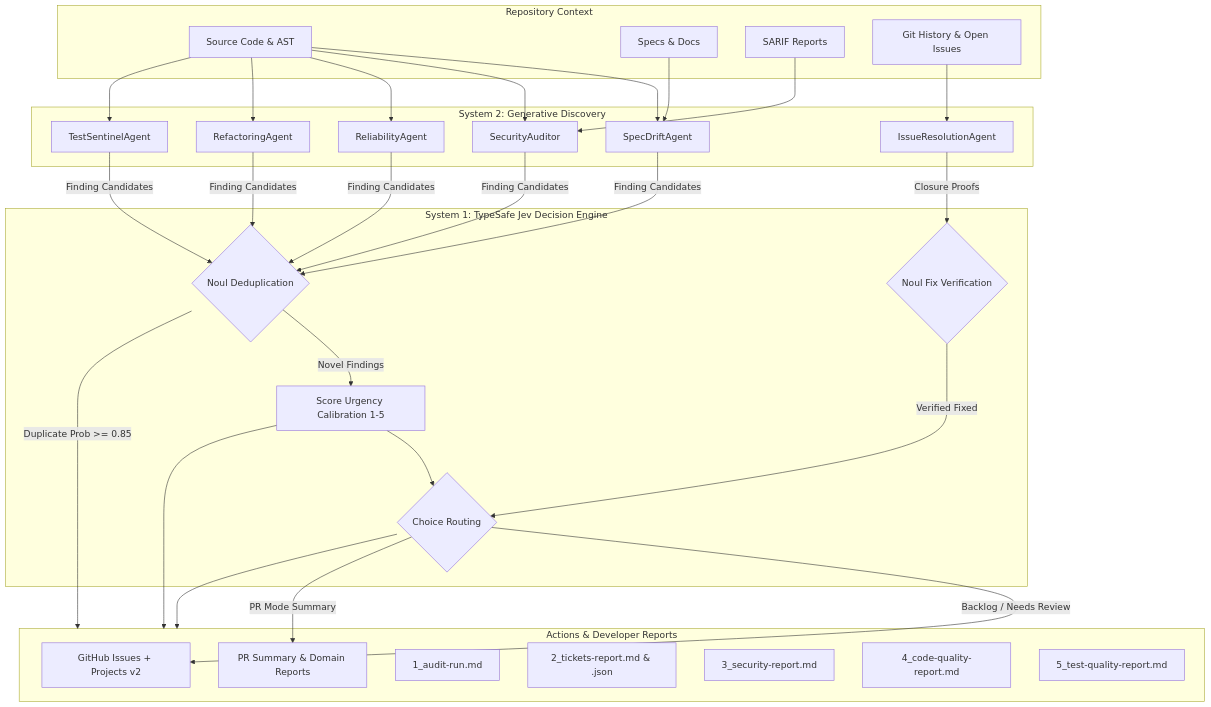
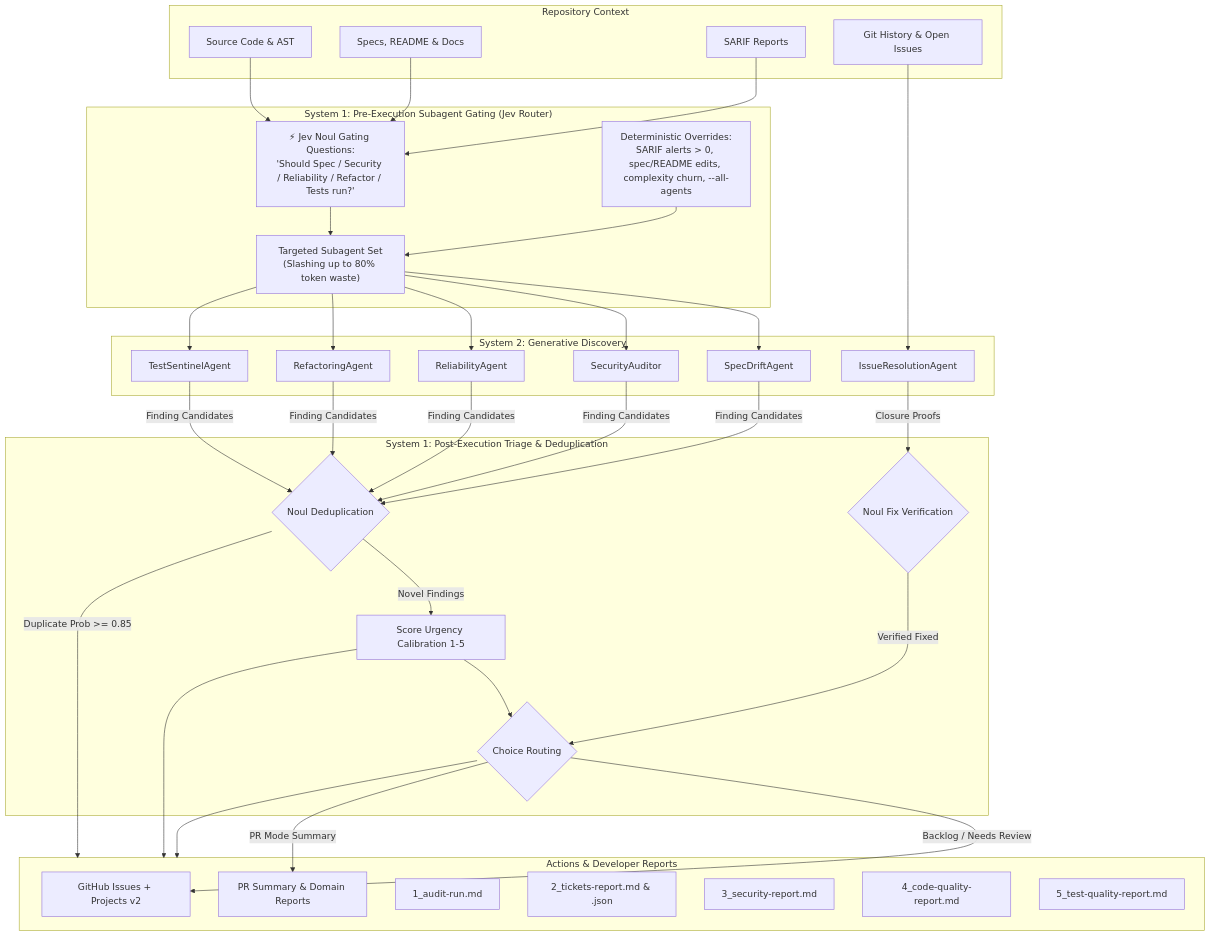
The diagram in README.md (tyronebramwell/GitGavel), drawn with Mermaid before and after one commit. The commit also changed other lines of this file and 2 other files, not shown here.

Commit message:
docs: update README for Phase 9 and include README in SpecDriftAgent scope

````diff
--- a/README.md
+++ b/README.md
@@ -27,51 +29,60 @@
 ```mermaid
 flowchart TD
     subgraph Input["Repository Context"]
-        A[Source Code & AST] 
-        B[Specs & Docs]
-        C[SARIF Reports]
-        Commits[Git History & Open Issues]
+        A["Source Code & AST"] 
+        B["Specs, README & Docs"]
+        C["SARIF Reports"]
+        Commits["Git History & Open Issues"]
+    end
+
+    subgraph PreGating["System 1: Pre-Execution Subagent Gating (Jev Router)"]
+        JevGate["⚡ Jev Noul Gating Questions:\n'Should Spec / Security / Reliability / Refactor / Tests run?'"]
+        Safety["Deterministic Overrides:\nSARIF alerts > 0, spec/README edits, complexity churn, --all-agents"]
+        ActiveSubagents["Targeted Subagent Set\n(Slashing up to 80% token waste)"]
+        JevGate --> ActiveSubagents
+        Safety --> ActiveSubagents
     end
 
     subgraph System2["System 2: Generative Discovery"]
         D["SpecDriftAgent"]
         E["SecurityAuditor"]
         Rel["ReliabilityAgent"]
         F["RefactoringAgent"]
         Test["TestSentinelAgent"]
         Res["IssueResolutionAgent"]
     end
 
-    subgraph System1["System 1: TypeSafe Jev Decision Engine"]
+    subgraph PostTriage["System 1: Post-Execution Triage & Deduplication"]
         G{"Noul Deduplication"}
         FixProof{"Noul Fix Verification"}
         H["Score Urgency Calibration 1-5"]
         I{"Choice Routing"}
     end
 
     subgraph Output["Actions & Developer Reports"]
         J["GitHub Issues + Projects v2"]
         PR["PR Summary & Domain Reports"]
         K["1_audit-run.md"]
         L["2_tickets-report.md & .json"]
         M["3_security-report.md"]
         N["4_code-quality-report.md"]
         O["5_test-quality-report.md"]
     end
 
-    A --> D & E & Rel & F & Test
-    B --> D
-    C --> E
+    A --> JevGate
+    B --> JevGate
+    C --> JevGate
+    ActiveSubagents --> D & E & Rel & F & Test
     Commits --> Res
 
     D & E & Rel & F & Test -->|Finding Candidates| G
     Res -->|Closure Proofs| FixProof
     G -->|Novel Findings| H
     G -->|Duplicate Prob >= 0.85| Output
     FixProof -->|Verified Fixed| I
     H --> I
     I -->|Backlog / Needs Review| J
     I -->|PR Mode Summary| PR
     I --> Output
     H --> Output
 ```
````
